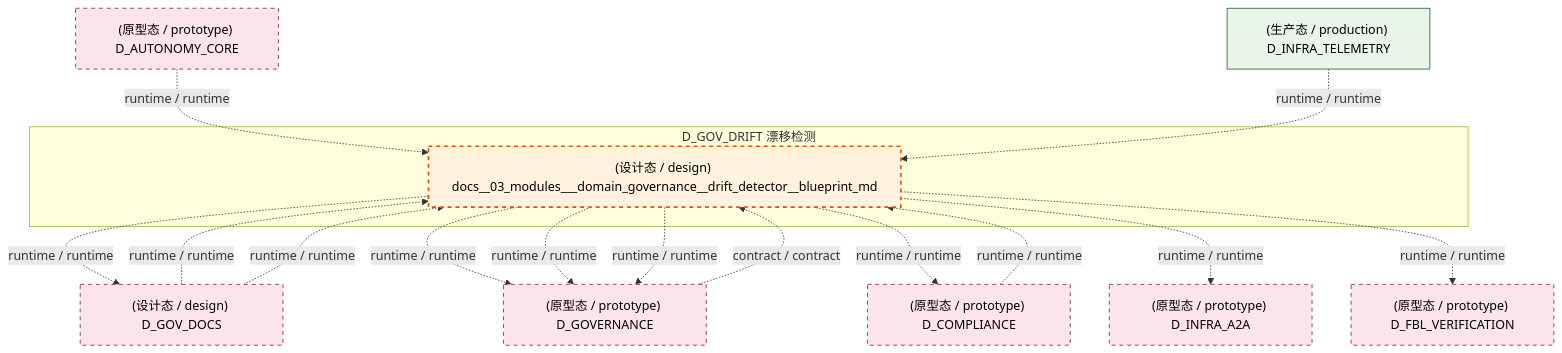
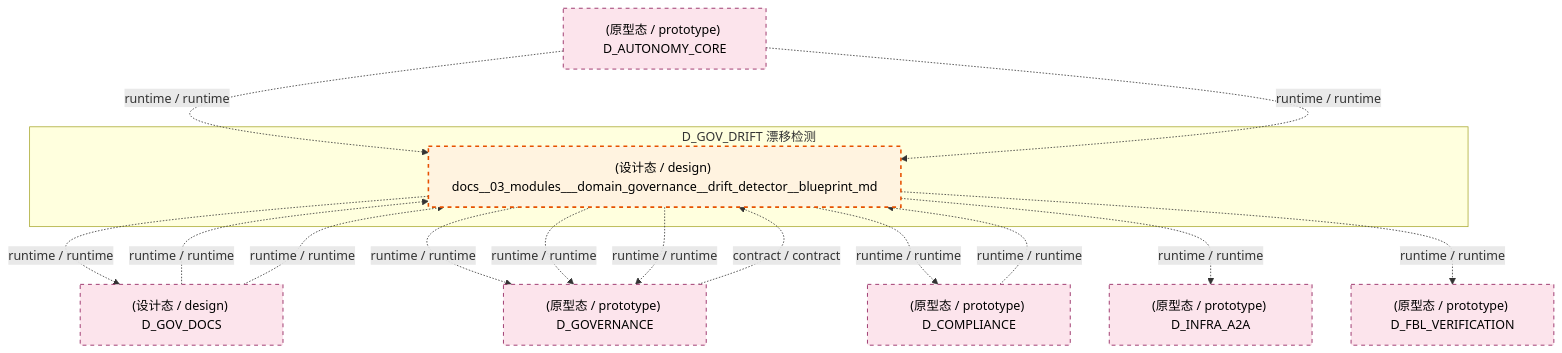
Before and after one commit to xuanFelixVan/ZephyrAlpha: the fifth of 7 diagrams in docs/02_enterprise_architecture/02_domain_architecture_docs/41_d_gov_drift.md, drawn with Mermaid. The commit also changed other lines of this file and 123 other files, not shown here.

````diff
--- a/docs/02_enterprise_architecture/02_domain_architecture_docs/41_d_gov_drift.md
+++ b/docs/02_enterprise_architecture/02_domain_architecture_docs/41_d_gov_drift.md
@@ -544,33 +542,31 @@
 ```mermaid
 graph TD
     subgraph D_GOV_DRIFT["D_GOV_DRIFT 漂移检测"]
         docs_03_modules_domain_governance_drift_detector_blueprint_md["(设计态 / design) docs__03_modules___domain_governance__drift_detector__blueprint_md"]
     end
     D_GOV_DOCS["(设计态 / design) D_GOV_DOCS"]
     docs_03_modules_domain_governance_drift_detector_blueprint_md -.->|runtime / runtime| D_GOV_DOCS
     D_GOVERNANCE["(原型态 / prototype) D_GOVERNANCE"]
     docs_03_modules_domain_governance_drift_detector_blueprint_md -.->|runtime / runtime| D_GOVERNANCE
     D_COMPLIANCE["(原型态 / prototype) D_COMPLIANCE"]
     docs_03_modules_domain_governance_drift_detector_blueprint_md -.->|runtime / runtime| D_COMPLIANCE
     D_INFRA_A2A["(原型态 / prototype) D_INFRA_A2A"]
     docs_03_modules_domain_governance_drift_detector_blueprint_md -.->|runtime / runtime| D_INFRA_A2A
     D_FBL_VERIFICATION["(原型态 / prototype) D_FBL_VERIFICATION"]
     docs_03_modules_domain_governance_drift_detector_blueprint_md -.->|runtime / runtime| D_FBL_VERIFICATION
     docs_03_modules_domain_governance_drift_detector_blueprint_md -.->|runtime / runtime| D_GOVERNANCE
     docs_03_modules_domain_governance_drift_detector_blueprint_md -.->|runtime / runtime| D_GOVERNANCE
     D_COMPLIANCE -.->|runtime / runtime| docs_03_modules_domain_governance_drift_detector_blueprint_md
     D_GOV_DOCS -.->|runtime / runtime| docs_03_modules_domain_governance_drift_detector_blueprint_md
     D_GOV_DOCS -.->|runtime / runtime| docs_03_modules_domain_governance_drift_detector_blueprint_md
     D_GOVERNANCE -.->|contract / contract| docs_03_modules_domain_governance_drift_detector_blueprint_md
     D_AUTONOMY_CORE["(原型态 / prototype) D_AUTONOMY_CORE"]
     D_AUTONOMY_CORE -.->|runtime / runtime| docs_03_modules_domain_governance_drift_detector_blueprint_md
-    D_INFRA_TELEMETRY["(生产态 / production) D_INFRA_TELEMETRY"]
-    D_INFRA_TELEMETRY -.->|runtime / runtime| docs_03_modules_domain_governance_drift_detector_blueprint_md
+    D_AUTONOMY_CORE -.->|runtime / runtime| docs_03_modules_domain_governance_drift_detector_blueprint_md
     classDef production fill:#e1f5fe,stroke:#01579b,stroke-width:2px,color:#000
     classDef design fill:#fff3e0,stroke:#e65100,stroke-width:2px,color:#000,stroke-dasharray: 5 5
     classDef external_prod fill:#e8f5e9,stroke:#1b5e20,stroke-width:1px,color:#000
     classDef external_design fill:#fce4ec,stroke:#880e4f,stroke-width:1px,color:#000,stroke-dasharray: 5 5
     class docs_03_modules_domain_governance_drift_detector_blueprint_md design
-    class D_INFRA_TELEMETRY external_prod
     class D_GOV_DOCS,D_GOVERNANCE,D_COMPLIANCE,D_INFRA_A2A,D_FBL_VERIFICATION,D_AUTONOMY_CORE external_design
 ```
````
